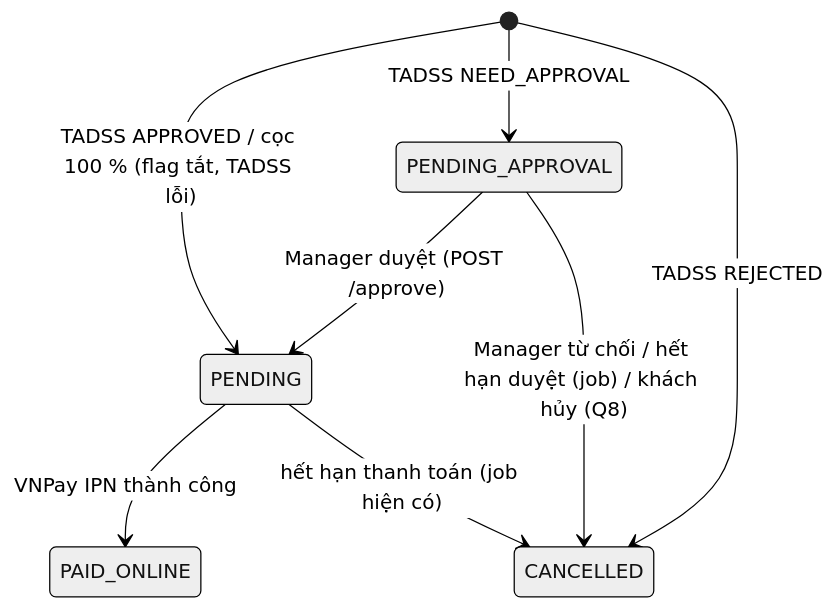
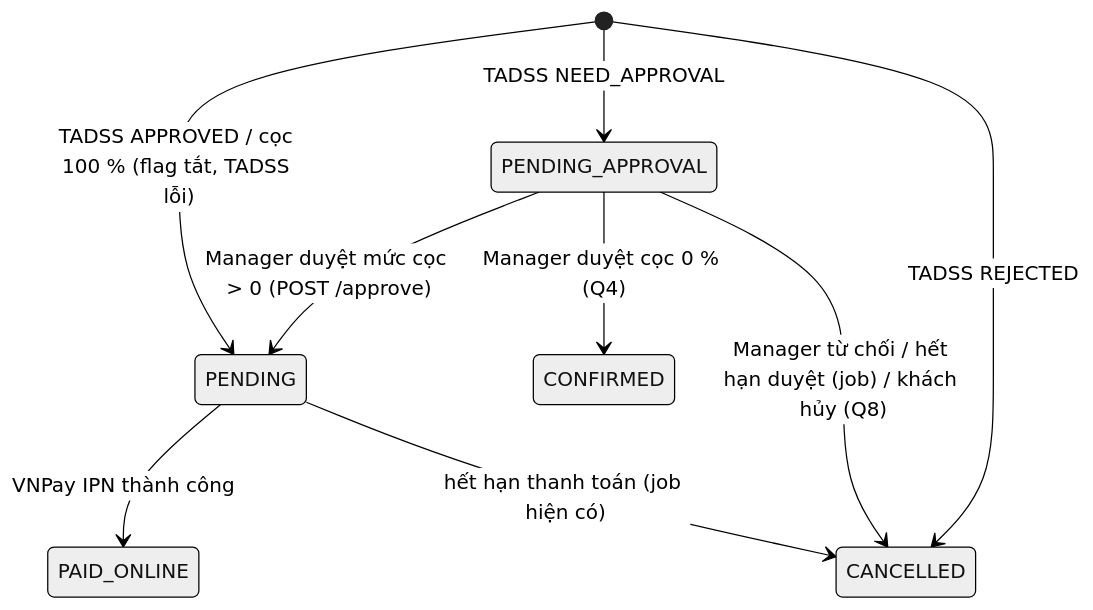
The diagram in docs/api/DEPOSIT_APPROVAL_API.md (NguyenThanhTrung-N2T/SmashCourt-BE), drawn with Mermaid (neutral theme) before and after one commit. The commit also changed other lines of this file, not shown here.

Commit message:
docs(api): review deposit approval API against code (R-1…R-8) and settle Q1–Q12

````diff
--- a/docs/api/DEPOSIT_APPROVAL_API.md
+++ b/docs/api/DEPOSIT_APPROVAL_API.md
@@ -83,10 +83,11 @@
 ```mermaid
 stateDiagram-v2
     [*] --> PENDING: TADSS APPROVED / cọc 100 % (flag tắt, TADSS lỗi)
     [*] --> PENDING_APPROVAL: TADSS NEED_APPROVAL
     [*] --> CANCELLED: TADSS REJECTED
-    PENDING_APPROVAL --> PENDING: Manager duyệt (POST /approve)
+    PENDING_APPROVAL --> PENDING: Manager duyệt mức cọc > 0 (POST /approve)
+    PENDING_APPROVAL --> CONFIRMED: Manager duyệt cọc 0 % (Q4)
     PENDING_APPROVAL --> CANCELLED: Manager từ chối / hết hạn duyệt (job) / khách hủy (Q8)
     PENDING --> PAID_ONLINE: VNPay IPN thành công
     PENDING --> CANCELLED: hết hạn thanh toán (job hiện có)
 ```
````
